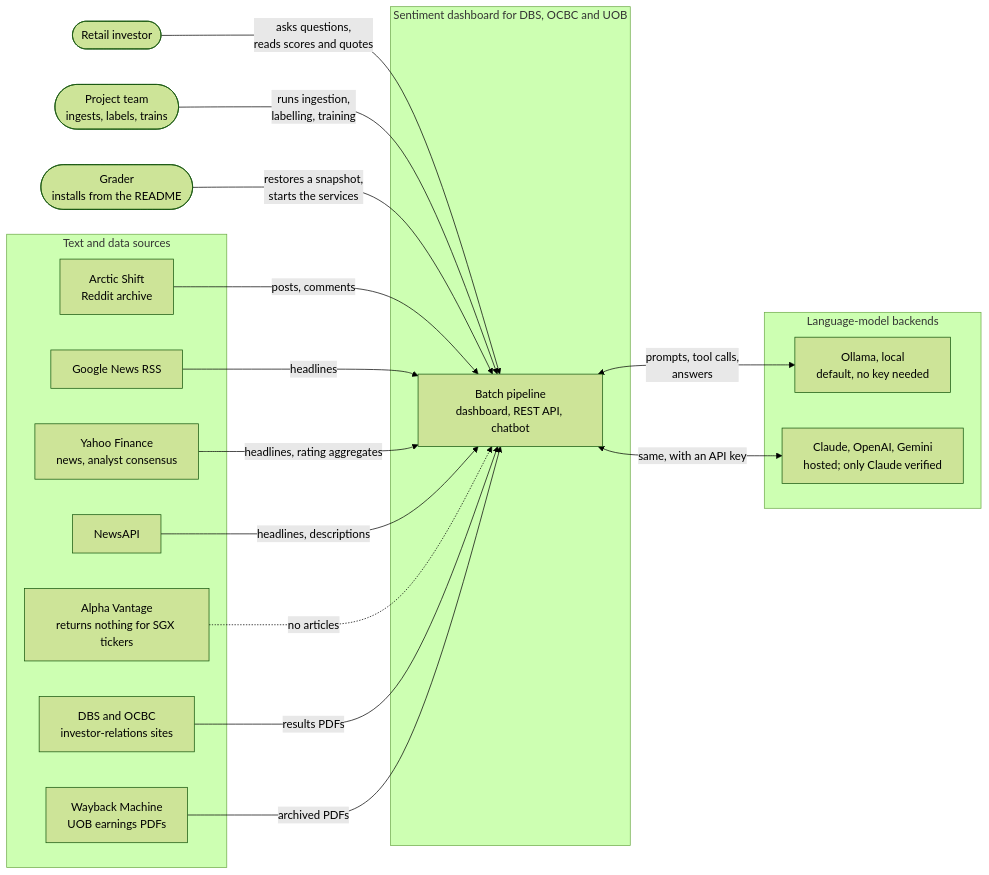
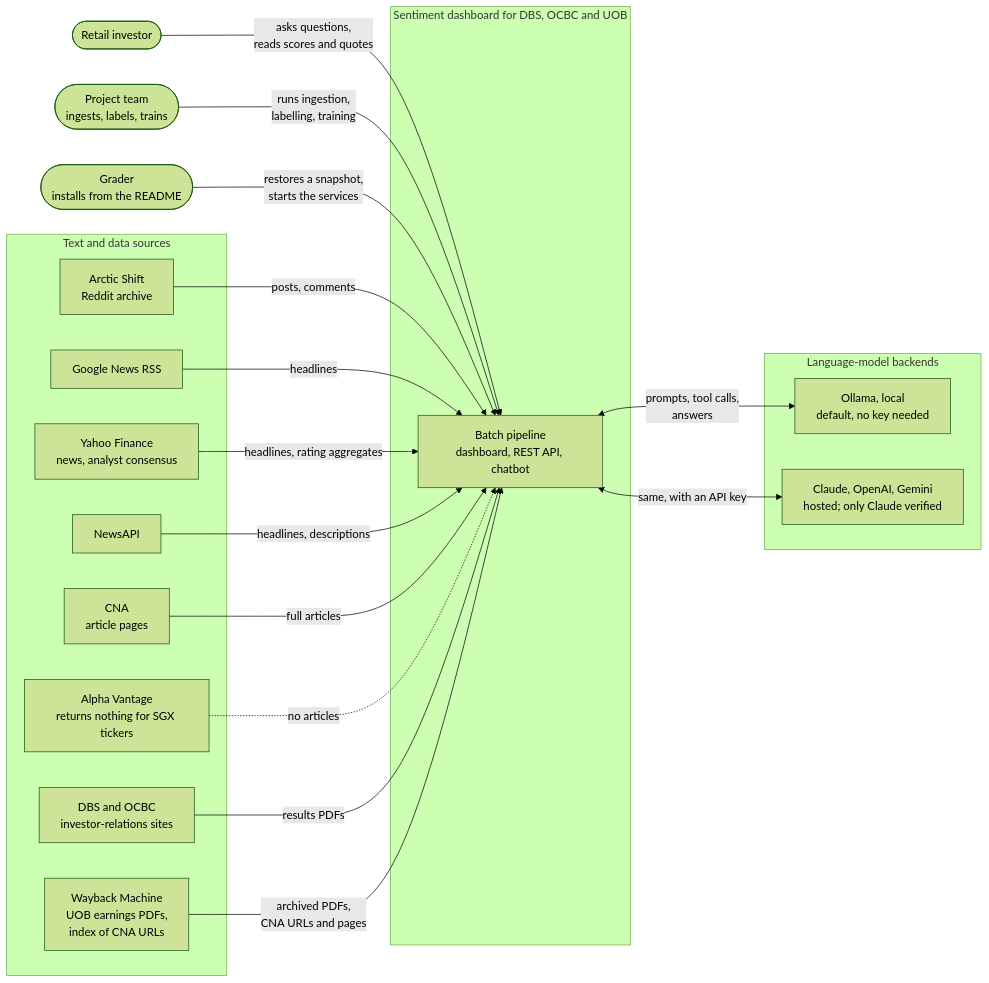
The diagram in docs/diagrams/src/01-system-context.mmd (Gavingyh/plp-project), drawn with Mermaid (forest theme) before and after one commit. The commit also changed 26 other files, not shown here.

First line of the commit message:
Document the CNA load and show CNA in the diagrams

```diff
--- a/docs/diagrams/src/01-system-context.mmd
+++ b/docs/diagrams/src/01-system-context.mmd
@@ -1,41 +1,43 @@
 flowchart LR
   accTitle: System context
   accDescr: The sentiment system with its three kinds of user, its five text and data sources, and its four model backends.
 
   investor(["Retail investor"])
   team(["Project team<br/>ingests, labels, trains"])
   grader(["Grader<br/>installs from the README"])
 
   subgraph sys["Sentiment dashboard for DBS, OCBC and UOB"]
     core["Batch pipeline<br/>dashboard, REST API, chatbot"]
   end
 
   subgraph sources["Text and data sources"]
     reddit["Arctic Shift<br/>Reddit archive"]
     gnews["Google News RSS"]
     yahoo["Yahoo Finance<br/>news, analyst consensus"]
     newsapi["NewsAPI"]
+    cna["CNA<br/>article pages"]
     av["Alpha Vantage<br/>returns nothing for SGX tickers"]
     ir["DBS and OCBC<br/>investor-relations sites"]
-    wayback["Wayback Machine<br/>UOB earnings PDFs"]
+    wayback["Wayback Machine<br/>UOB earnings PDFs,<br/>index of CNA URLs"]
   end
 
   subgraph llms["Language-model backends"]
     ollama["Ollama, local<br/>default, no key needed"]
     hosted["Claude, OpenAI, Gemini<br/>hosted; only Claude verified"]
   end
 
   investor -- "asks questions,<br/>reads scores and quotes" --> core
   team -- "runs ingestion,<br/>labelling, training" --> core
   grader -- "restores a snapshot,<br/>starts the services" --> core
 
   reddit -- "posts, comments" --> core
   gnews -- "headlines" --> core
   yahoo -- "headlines, rating aggregates" --> core
   newsapi -- "headlines, descriptions" --> core
+  cna -- "full articles" --> core
   av -. "no articles" .-> core
   ir -- "results PDFs" --> core
-  wayback -- "archived PDFs" --> core
+  wayback -- "archived PDFs,<br/>CNA URLs and pages" --> core
 
   core <-- "prompts, tool calls,<br/>answers" --> ollama
   core <-- "same, with an API key" --> hosted
```
